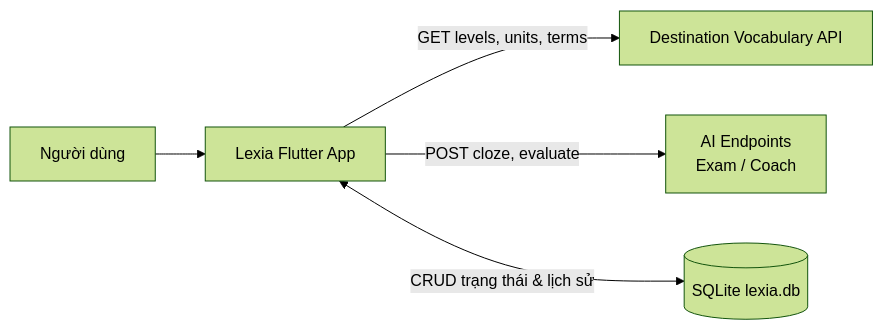
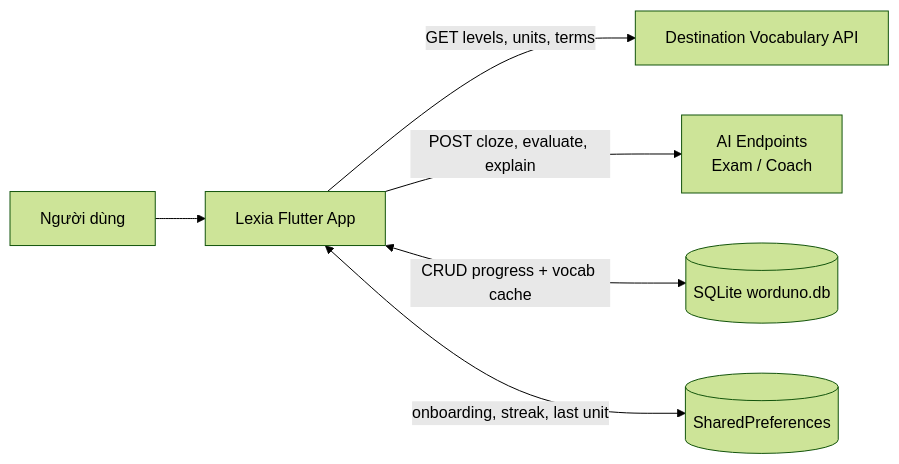
The first of 4 diagrams in docs/report.md (lephuonglinga/worduno), drawn with Mermaid (forest theme) before and after one commit. The commit also changed other lines of this file and 5 other files, not shown here.

````diff
--- a/docs/report.md
+++ b/docs/report.md
@@ -35,13 +32,15 @@
 ```mermaid
 flowchart LR
     User[Người dùng]
     App[Lexia Flutter App]
     VocabAPI[Destination Vocabulary API]
-    SQLite[(SQLite lexia.db)]
+    SQLite[(SQLite worduno.db)]
+    Prefs[(SharedPreferences)]
     AI[AI Endpoints<br/>Exam / Coach]
 
     User --> App
     App -->|GET levels, units, terms| VocabAPI
-    App -->|POST cloze, evaluate| AI
-    App <-->|CRUD trạng thái & lịch sử| SQLite
+    App -->|POST cloze, evaluate, explain| AI
+    App <-->|CRUD progress + vocab cache| SQLite
+    App <-->|onboarding, streak, last unit| Prefs
 ```
````
